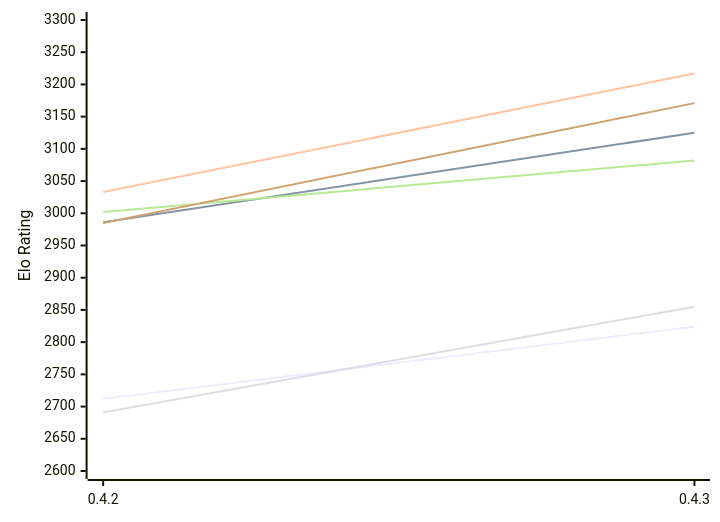
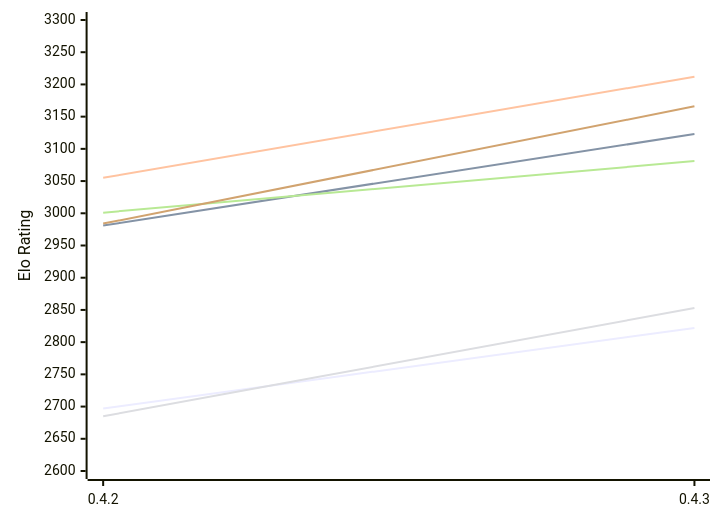
Before and after one commit to computer-chess-index/cci: the first of 2 diagrams in engines/Dual.md, drawn with Mermaid. The commit also changed other lines of this file, not shown here.

Commit message:
Update CCI Ratings (ELO VLTC) - 2026-11-26

````diff
--- a/engines/Dual.md
+++ b/engines/Dual.md
@@ -56,12 +56,12 @@
 ```mermaid
 %%{init: {"theme":"base","themeVariables":{"seriesColors:['#a3a3a3','#222221','#faa371']}}}%%
 xychart-beta
   x-axis ["0.4.2", "0.4.3"]
   y-axis "Elo Rating" 2600 --> 3300
-  line "E1: STC (8.0+0.08s)" [2712, 2824]
-  line "E1: LTC (60.0+0.60s)" [2986, 3125]
-  line "E1: VLTC (2m24s+1.12s)" [3033, 3217]
-  line "P1: STC (8.0+0.08s)" [2691, 2855]
-  line "P1: LTC (60.0+0.60s)" [3002, 3082]
-  line "P1: VLTC (2m24s+1.12s)" [2985, 3171]
+  line "E1: STC (8.0+0.08s)" [2697, 2822]
+  line "E1: LTC (60.0+0.60s)" [2981, 3123]
+  line "E1: VLTC (2m24s+1.12s)" [3055, 3212]
+  line "P1: STC (8.0+0.08s)" [2685, 2853]
+  line "P1: LTC (60.0+0.60s)" [3001, 3081]
+  line "P1: VLTC (2m24s+1.12s)" [2984, 3166]
 ```
````
